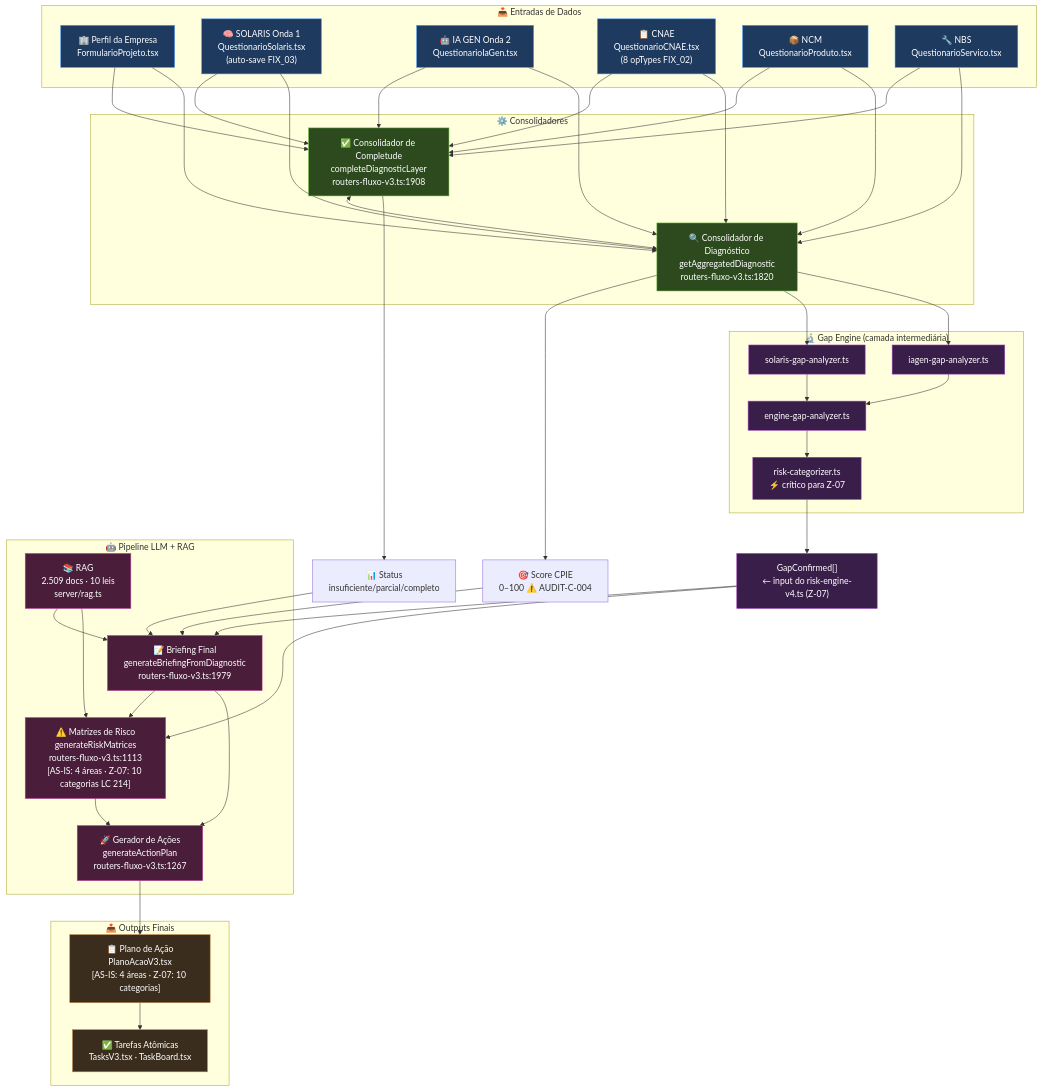
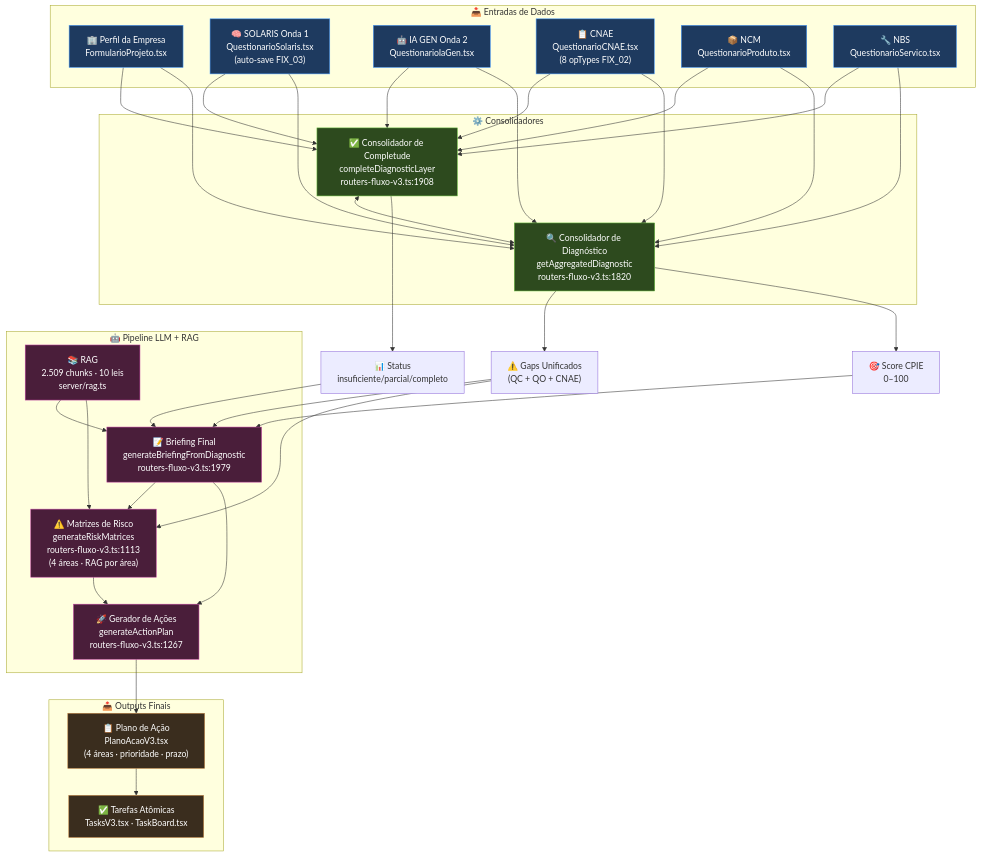
The diagram in docs/FLUXO-E2E-RASTREABILIDADE.md (Solaris-Empresa/compliance-tributaria-v2), drawn with Mermaid before and after one commit. The commit also changed other lines of this file and 27 other files, not shown here.

````diff
--- a/docs/FLUXO-E2E-RASTREABILIDADE.md
+++ b/docs/FLUXO-E2E-RASTREABILIDADE.md
@@ -37,28 +34,20 @@
 
     %% ── OUTPUTS DO DIAGNÓSTICO ─────────────────────────────────────────────
     status_comp["📊 Status\ninsuficiente/parcial/completo"]
-    score_cpie["🎯 Score CPIE\n0–100 ⚠️ AUDIT-C-004"]
-
-    %% ── GAP ENGINE (CRÍTICO-01) ────────────────────────────────────────────
-    subgraph GAP_ENGINE["🔬 Gap Engine (camada intermediária)"]
-        gap_solaris["solaris-gap-analyzer.ts"]
-        gap_iagen["iagen-gap-analyzer.ts"]
-        gap_engine["engine-gap-analyzer.ts"]
-        risk_cat["risk-categorizer.ts\n⚡ crítico para Z-07"]
-    end
-    gaps_confirmed["GapConfirmed[]\n← input do risk-engine-v4.ts (Z-07)"]
+    gaps["⚠️ Gaps Unificados\n(QC + QO + CNAE)"]
+    score_cpie["🎯 Score CPIE\n0–100"]
 
     %% ── PIPELINE LLM ───────────────────────────────────────────────────────
     subgraph LLM_PIPELINE["🤖 Pipeline LLM + RAG"]
-        rag["📚 RAG\n2.509 docs · 10 leis\nserver/rag.ts"]
+        rag["📚 RAG\n2.509 chunks · 10 leis\nserver/rag.ts"]
         briefing["📝 Briefing Final\ngenerateBriefingFromDiagnostic\nrouters-fluxo-v3.ts:1979"]
-        riscos["⚠️ Matrizes de Risco\ngenerateRiskMatrices\nrouters-fluxo-v3.ts:1113\n[AS-IS: 4 áreas · Z-07: 10 categorias LC 214]"]
+        riscos["⚠️ Matrizes de Risco\ngenerateRiskMatrices\nrouters-fluxo-v3.ts:1113\n(4 áreas · RAG por área)"]
         gen_acoes["🚀 Gerador de Ações\ngenerateActionPlan\nrouters-fluxo-v3.ts:1267"]
     end
 
     %% ── OUTPUTS FINAIS ─────────────────────────────────────────────────────
     subgraph OUTPUTS["📤 Outputs Finais"]
-        plano_acao["📋 Plano de Ação\nPlanoAcaoV3.tsx\n[AS-IS: 4 áreas · Z-07: 10 categorias]"]
+        plano_acao["📋 Plano de Ação\nPlanoAcaoV3.tsx\n(4 áreas · prioridade · prazo)"]
         tarefas["✅ Tarefas Atômicas\nTasksV3.tsx · TaskBoard.tsx"]
     end
 
@@ -79,23 +68,17 @@
 
     cons_comp <--> cons_diag
     cons_comp --> status_comp
+    cons_diag --> gaps
     cons_diag --> score_cpie
 
-    cons_diag --> gap_solaris
-    cons_diag --> gap_iagen
-    gap_solaris --> gap_engine
-    gap_iagen --> gap_engine
-    gap_engine --> risk_cat
-    risk_cat --> gaps_confirmed
-
-    gaps_confirmed --> briefing
+    gaps --> briefing
     score_cpie --> briefing
     status_comp --> briefing
     rag --> briefing
     rag --> riscos
 
     briefing --> riscos
-    gaps_confirmed --> riscos
+    gaps --> riscos
     riscos --> gen_acoes
     briefing --> gen_acoes
 
@@ -105,14 +88,12 @@
     %% ── ESTILOS ────────────────────────────────────────────────────────────
     classDef entrada fill:#1e3a5f,stroke:#4a9eff,color:#fff
     classDef consolidador fill:#2d4a1e,stroke:#6abf40,color:#fff
-    classDef gap fill:#3a1e4a,stroke:#9f40bf,color:#fff
     classDef llm fill:#4a1e3a,stroke:#bf40a0,color:#fff
     classDef output fill:#3a2d1e,stroke:#bf8040,color:#fff
     classDef infra fill:#1e2d4a,stroke:#4060bf,color:#fff
 
     class perfil,solaris,iagen,cnae,ncm,nbs entrada
     class cons_comp,cons_diag consolidador
-    class gap_solaris,gap_iagen,gap_engine,risk_cat,gaps_confirmed gap
     class briefing,riscos,gen_acoes,rag llm
     class plano_acao,tarefas output
 ```
````
